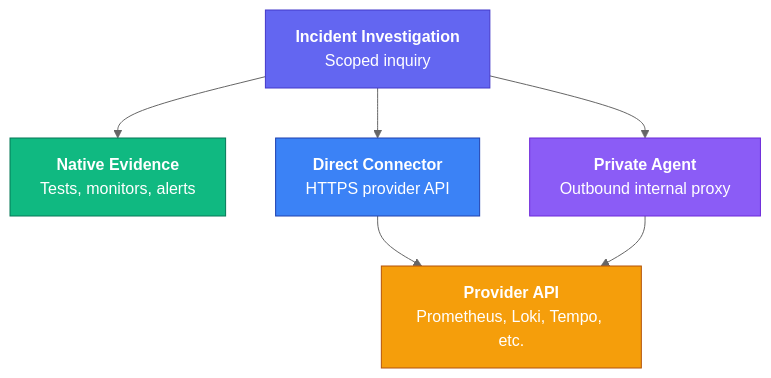
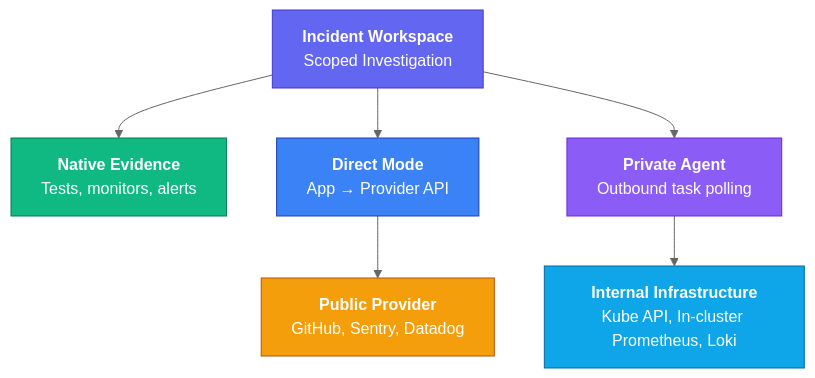
The diagram in docs/content/docs/app/investigate/connectors.mdx (supercheck-io/supercheck), drawn with Mermaid (neutral theme) before and after one commit. The commit also changed other lines of this file and 36 other files, not shown here.

````diff
--- a/docs/content/docs/app/investigate/connectors.mdx
+++ b/docs/content/docs/app/investigate/connectors.mdx
@@ -37,14 +34,15 @@
 ```mermaid
 flowchart TB
-    Incident["<b>Incident Investigation</b><br/>Scoped inquiry"] --> Native["<b>Native Evidence</b><br/>Tests, monitors, alerts"]
-    Incident --> Direct["<b>Direct Connector</b><br/>HTTPS provider API"]
-    Incident --> Agent["<b>Private Agent</b><br/>Outbound internal proxy"]
-    Direct --> Provider["<b>Provider API</b><br/>Prometheus, Loki, Tempo, etc."]
-    Agent --> Provider
+    Incident["<b>Incident Workspace</b><br/>Scoped Investigation"] --> Native["<b>Native Evidence</b><br/>Tests, monitors, alerts"]
+    Incident --> Direct["<b>Direct Mode</b><br/>App → Provider API"]
+    Incident --> Agent["<b>Private Agent</b><br/>Outbound task polling"]
+    Direct --> ProviderPub["<b>Public Provider</b><br/>GitHub, Sentry, Datadog"]
+    Agent --> ProviderPriv["<b>Internal Infrastructure</b><br/>Kube API, In-cluster Prometheus, Loki"]
 
     style Incident fill:#6366f1,stroke:#4338ca,color:#fff
     style Native fill:#10b981,stroke:#047857,color:#fff
     style Direct fill:#3b82f6,stroke:#1e40af,color:#fff
     style Agent fill:#8b5cf6,stroke:#6d28d9,color:#fff
-    style Provider fill:#f59e0b,stroke:#b45309,color:#fff
+    style ProviderPub fill:#f59e0b,stroke:#b45309,color:#fff
+    style ProviderPriv fill:#0ea5e9,stroke:#0369a1,color:#fff
 ```
````
